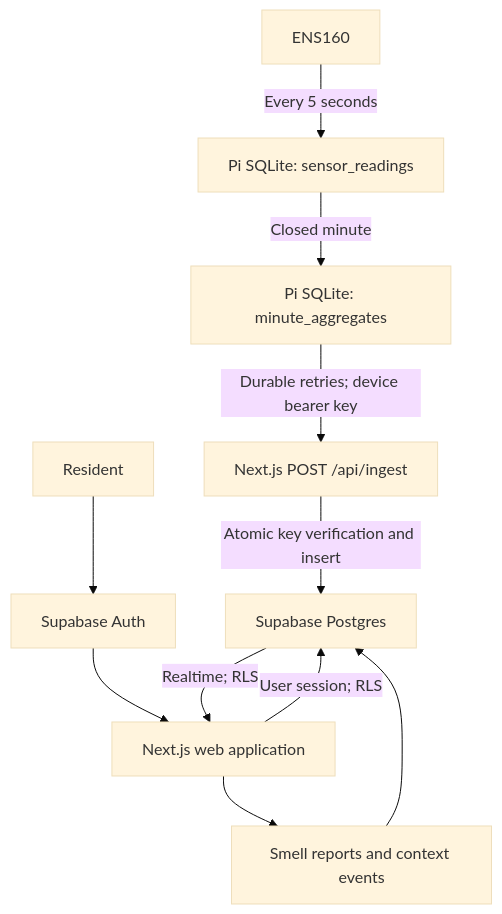
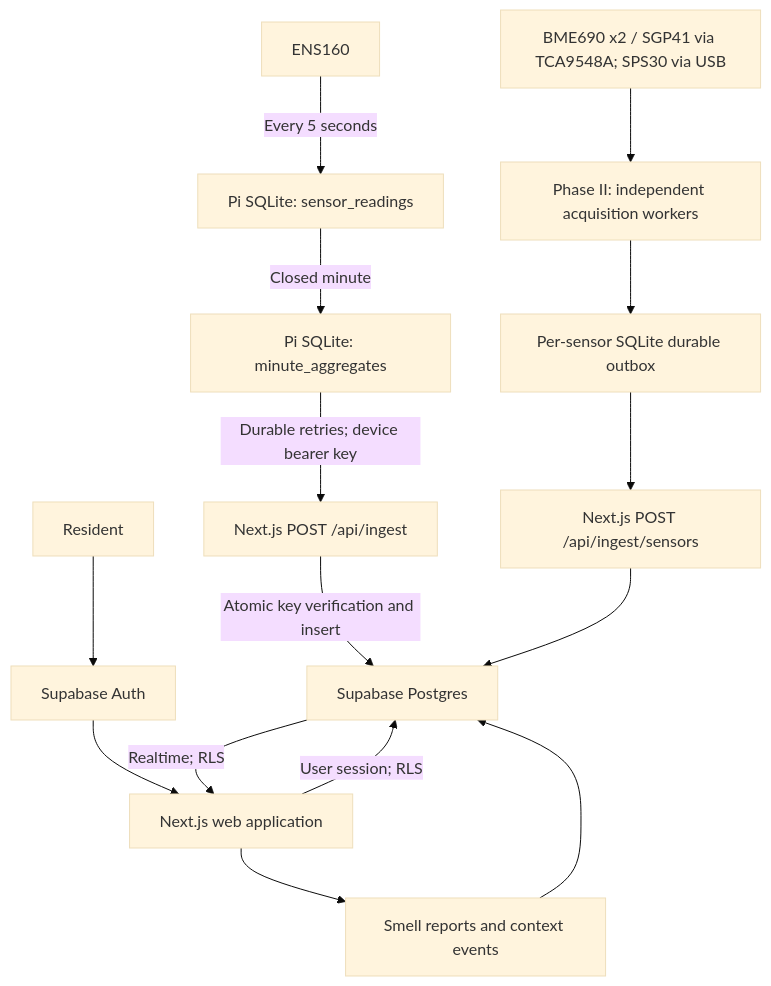
The diagram in README.md (pvolansky/digitalnose), drawn with Mermaid (base theme) before and after one commit. The commit also changed other lines of this file and 58 other files, not shown here.

Commit message:
Add Phase II sensor array acquisition and dashboard

````diff
--- a/README.md
+++ b/README.md
@@ -13,13 +25,17 @@
 ```mermaid
 flowchart TD
   ENS[ENS160] -->|Every 5 seconds| Raw[Pi SQLite: sensor_readings]
   Raw -->|Closed minute| Local[Pi SQLite: minute_aggregates]
   Local -->|Durable retries; device bearer key| API[Next.js POST /api/ingest]
   API -->|Atomic key verification and insert| DB[Supabase Postgres]
+  Array[BME690 x2 / SGP41 via TCA9548A; SPS30 via USB] --> Acquire[Phase II: independent acquisition workers]
+  Acquire --> Outbox[Per-sensor SQLite durable outbox]
+  Outbox --> SensorAPI[Next.js POST /api/ingest/sensors]
+  SensorAPI --> DB
   Resident[Resident] --> Auth[Supabase Auth]
   Auth --> Web[Next.js web application]
   Web -->|User session; RLS| DB
   DB -->|Realtime; RLS| Web
   Web --> Reports[Smell reports and context events]
   Reports --> DB
 ```
````
